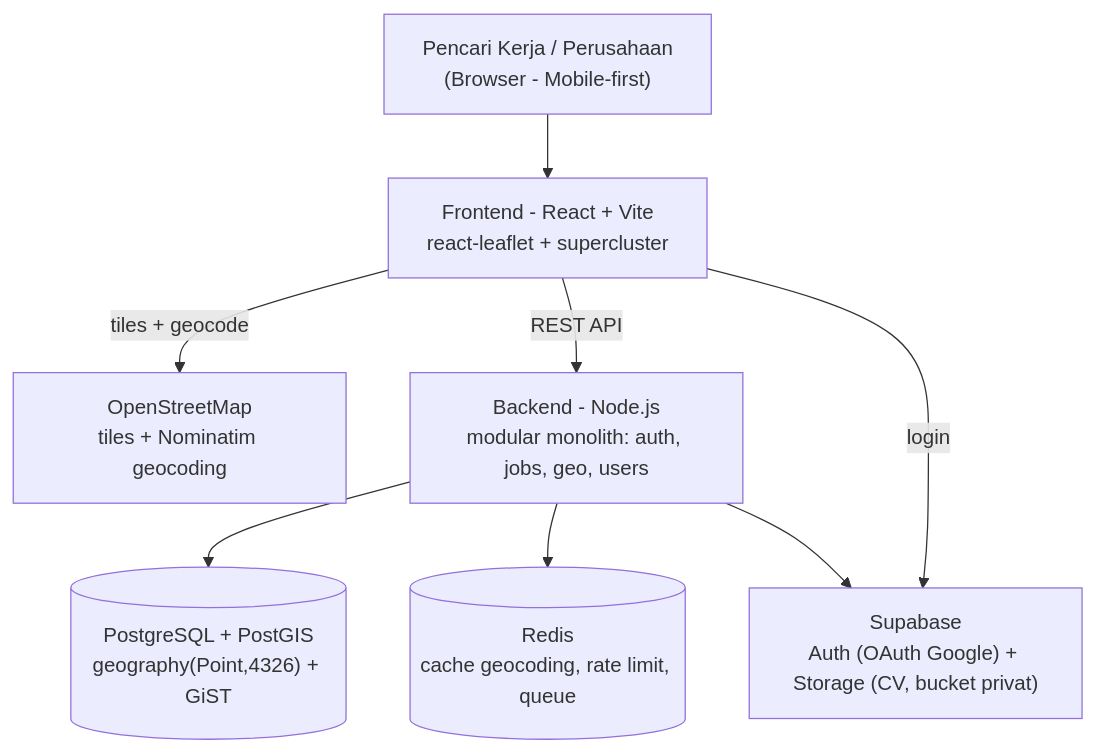
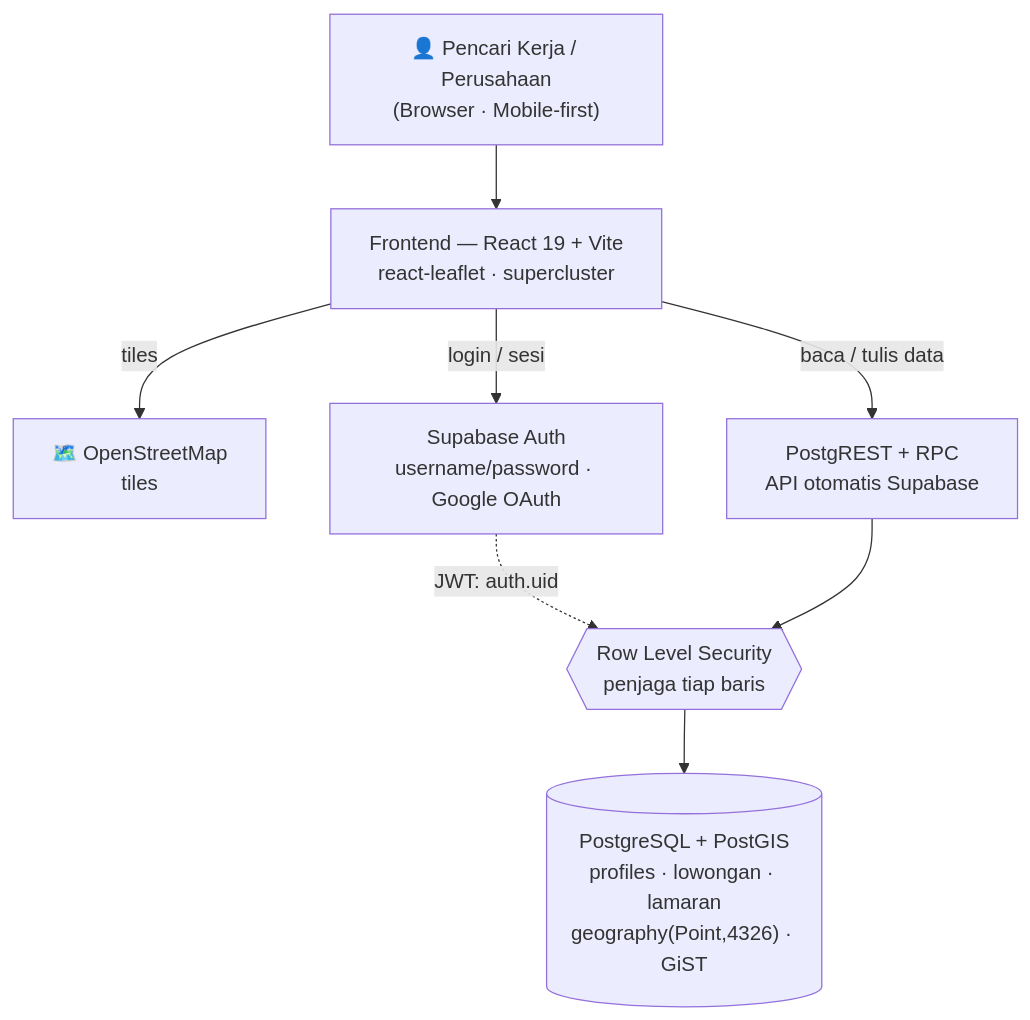
One commit to kikisdadw2/jobarta changed the diagram in README.md. Above: the diagram before and after it, drawn with Mermaid. The commit also changed other lines of this file and 1 other file, not shown here.

````diff
--- a/README.md
+++ b/README.md
@@ -183,18 +178,18 @@
 ```mermaid
 flowchart TD
-    U["Pencari Kerja / Perusahaan<br/>(Browser - Mobile-first)"]
-    FE["Frontend - React + Vite<br/>react-leaflet + supercluster"]
-    OSM["OpenStreetMap<br/>tiles + Nominatim geocoding"]
-    API["Backend - Node.js<br/>modular monolith: auth, jobs, geo, users"]
-    SB["Supabase<br/>Auth (OAuth Google) + Storage (CV, bucket privat)"]
-    DB[("PostgreSQL + PostGIS<br/>geography(Point,4326) + GiST")]
-    RD[("Redis<br/>cache geocoding, rate limit, queue")]
+    U["👤 Pencari Kerja / Perusahaan<br/>(Browser · Mobile-first)"]
+    FE["Frontend — React 19 + Vite<br/>react-leaflet · supercluster"]
+    OSM["🗺️ OpenStreetMap<br/>tiles"]
+    AUTH["Supabase Auth<br/>username/password · Google OAuth"]
+    REST["PostgREST + RPC<br/>API otomatis Supabase"]
+    RLS{{"Row Level Security<br/>penjaga tiap baris"}}
+    DB[("PostgreSQL + PostGIS<br/>profiles · lowongan · lamaran<br/>geography(Point,4326) · GiST")]
 
     U --> FE
-    FE -->|tiles + geocode| OSM
-    FE -->|REST API| API
-    FE -->|login| SB
-    API --> DB
-    API --> RD
-    API --> SB
+    FE -->|tiles| OSM
+    FE -->|login / sesi| AUTH
+    FE -->|baca / tulis data| REST
+    AUTH -.->|JWT: auth.uid| RLS
+    REST --> RLS
+    RLS --> DB
 ```
````
